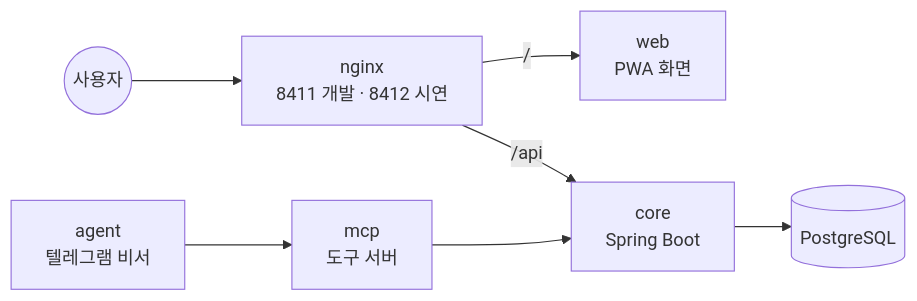
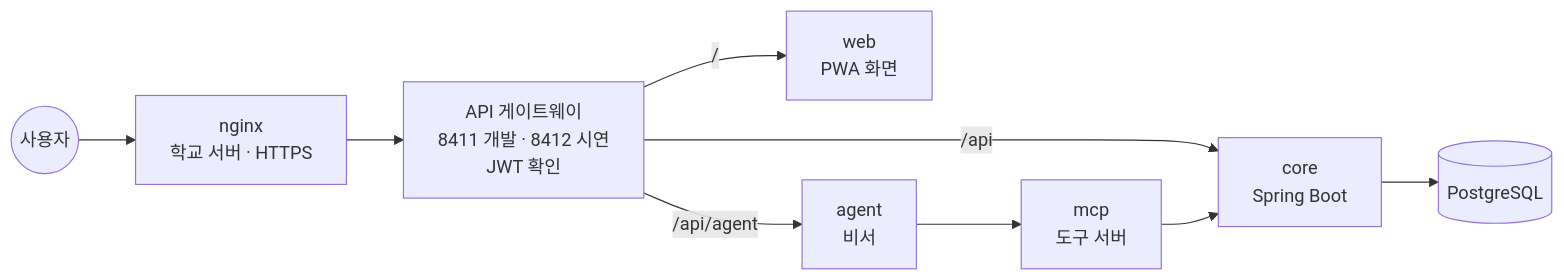
One commit to AI-go-do/infra changed the second of 2 diagrams in README.md. Above: the diagram before and after it, drawn with Mermaid. The commit also changed other lines of this file and 3 other files, not shown here.

First line of the commit message:
feat: 입구 nginx 컨테이너를 API 게이트웨이(Spring Cloud Gateway)로 교체 (#9)

````diff
--- a/README.md
+++ b/README.md
@@ -35,9 +34,11 @@
 ```mermaid
 flowchart LR
-  U((사용자)) --> N[nginx<br/>8411 개발 · 8412 시연]
-  N -- / --> W[web<br/>PWA 화면]
-  N -- /api --> C[core<br/>Spring Boot]
+  U((사용자)) --> X[nginx<br/>학교 서버 · HTTPS]
+  X --> G[API 게이트웨이<br/>8411 개발 · 8412 시연<br/>JWT 확인]
+  G -- / --> W[web<br/>PWA 화면]
+  G -- /api --> C[core<br/>Spring Boot]
+  G -- /api/agent --> AG[agent<br/>비서]
   C --> P[(PostgreSQL)]
-  AG[agent<br/>텔레그램 비서] --> M[mcp<br/>도구 서버]
+  AG --> M[mcp<br/>도구 서버]
   M --> C
 ```
````
